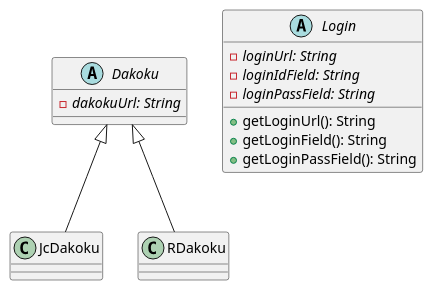
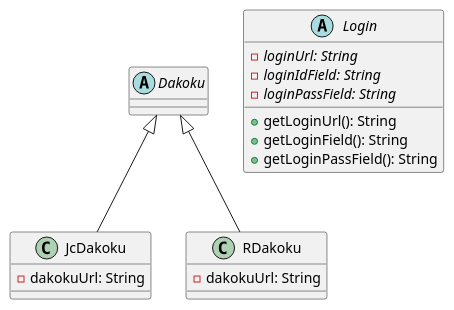
The diagram in クラス図.pu (sahokk/JavaDakoku0502), drawn with PlantUML before and after one commit.

Commit message:
クラス図更新

```diff
--- a/クラス図.pu
+++ b/クラス図.pu
@@ -1,24 +1,25 @@
 @startuml
 abstract class Dakoku {
-    - {abstract} dakokuUrl: String
+    
 }
 
 class JcDakoku extends Dakoku {
-
+    - dakokuUrl: String
 }
 
 class RDakoku extends Dakoku {
+    - dakokuUrl: String
 
 }
 
 abstract class Login {
     - {abstract} loginUrl: String
     - {abstract} loginIdField: String
     - {abstract} loginPassField: String
 
     + getLoginUrl(): String
     + getLoginField(): String
     + getLoginPassField(): String
 }
 
 @enduml
```
